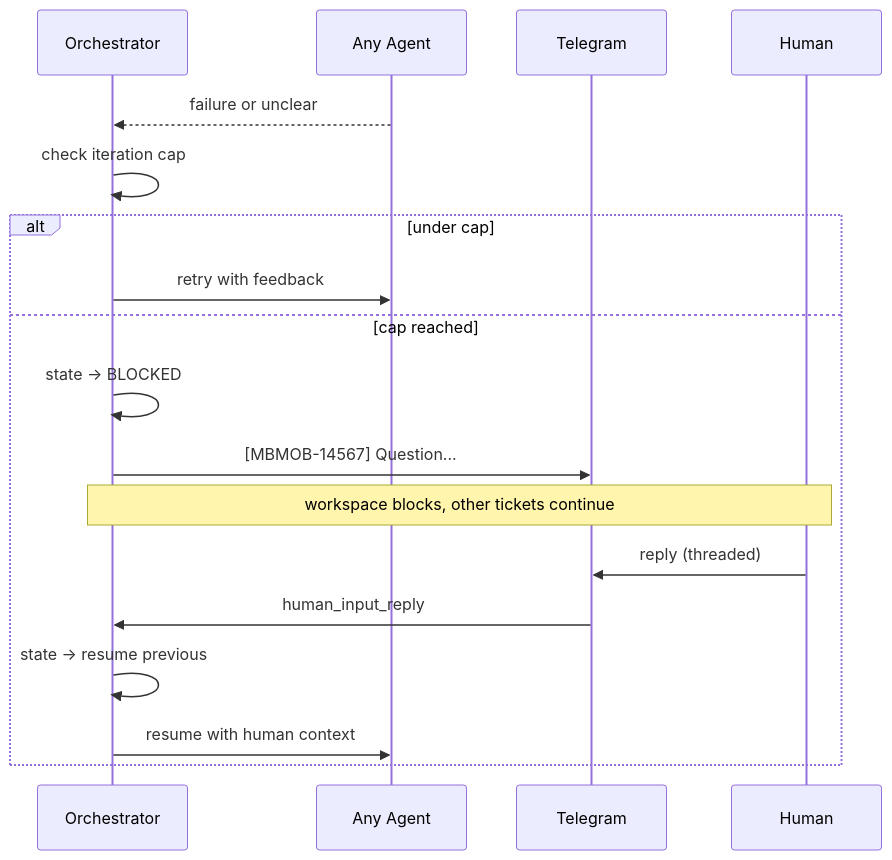
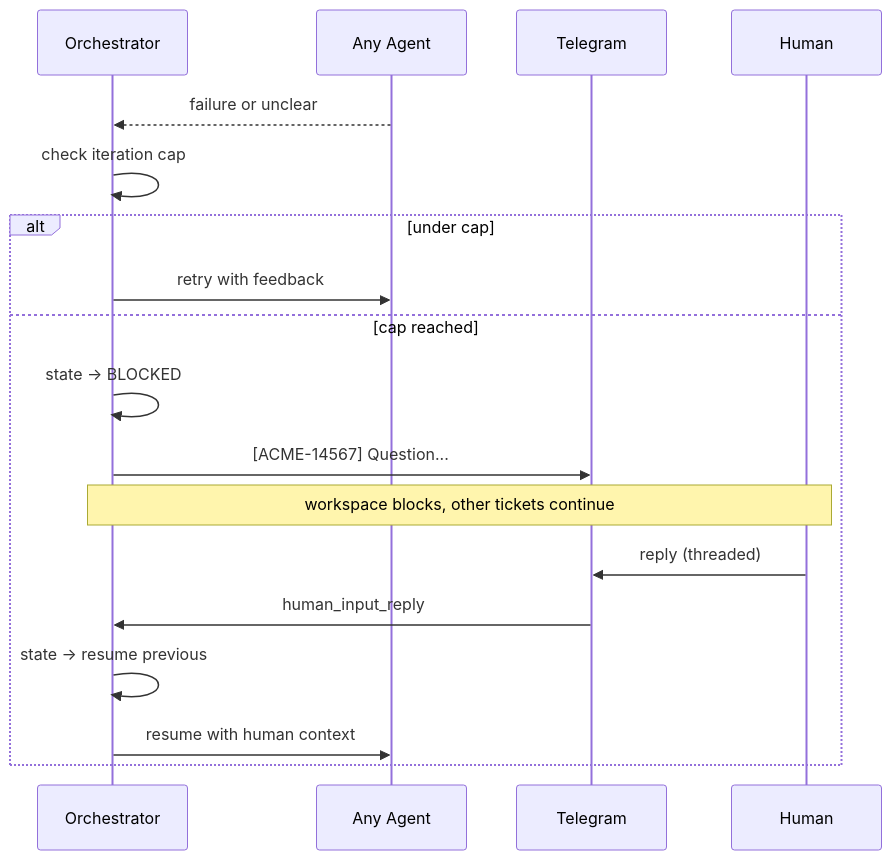
Before and after one commit to Olexandr1904/Cleave: the fourth of 4 diagrams in docs/architecture-v2.md, drawn with Mermaid. The commit also changed other lines of this file and 23 other files, not shown here.

````diff
--- a/docs/architecture-v2.md
+++ b/docs/architecture-v2.md
@@ -841,22 +841,22 @@
 ```mermaid
 sequenceDiagram
     participant O as Orchestrator
     participant AG as Any Agent
     participant TG as Telegram
     participant H as Human
 
     AG-->>O: failure or unclear
     O->>O: check iteration cap
 
     alt under cap
         O->>AG: retry with feedback
     else cap reached
         O->>O: state → BLOCKED
-        O->>TG: [MBMOB-14567] Question...
+        O->>TG: [ACME-14567] Question...
         Note over O,H: workspace blocks, other tickets continue
         H->>TG: reply (threaded)
         TG->>O: human_input_reply
         O->>O: state → resume previous
         O->>AG: resume with human context
     end
 ```
````
